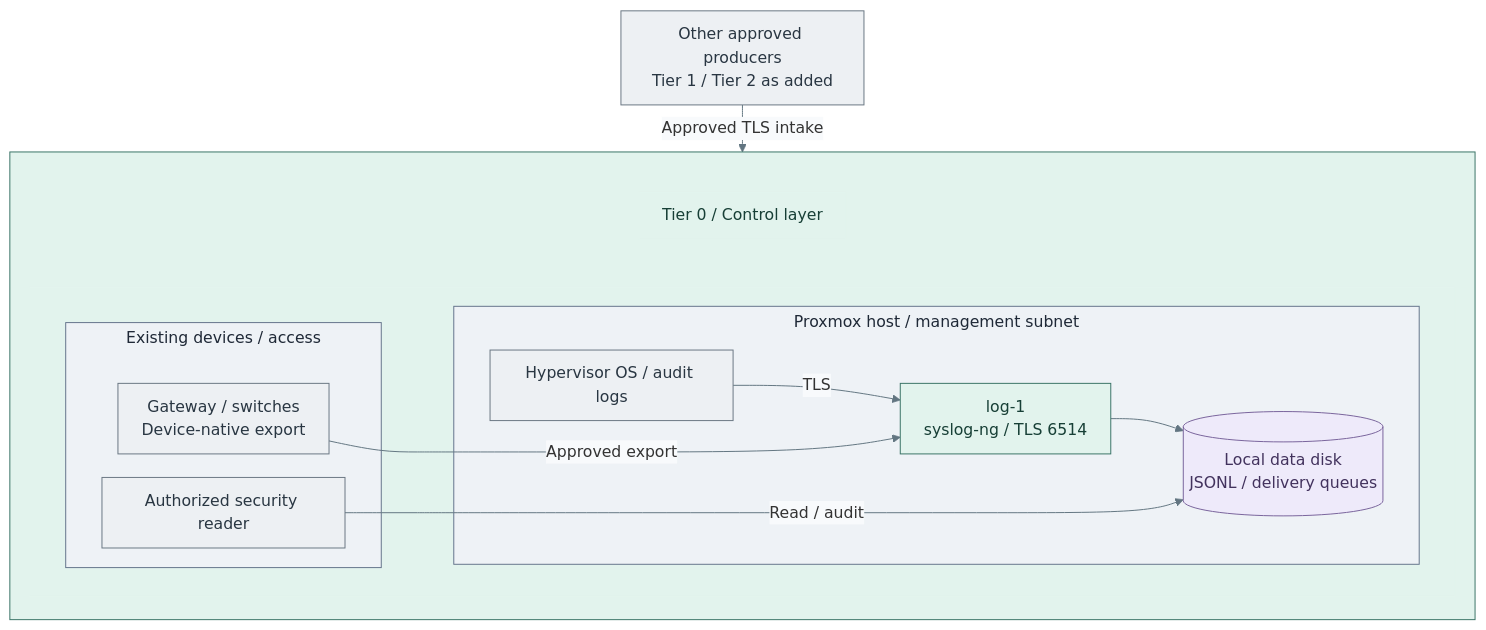
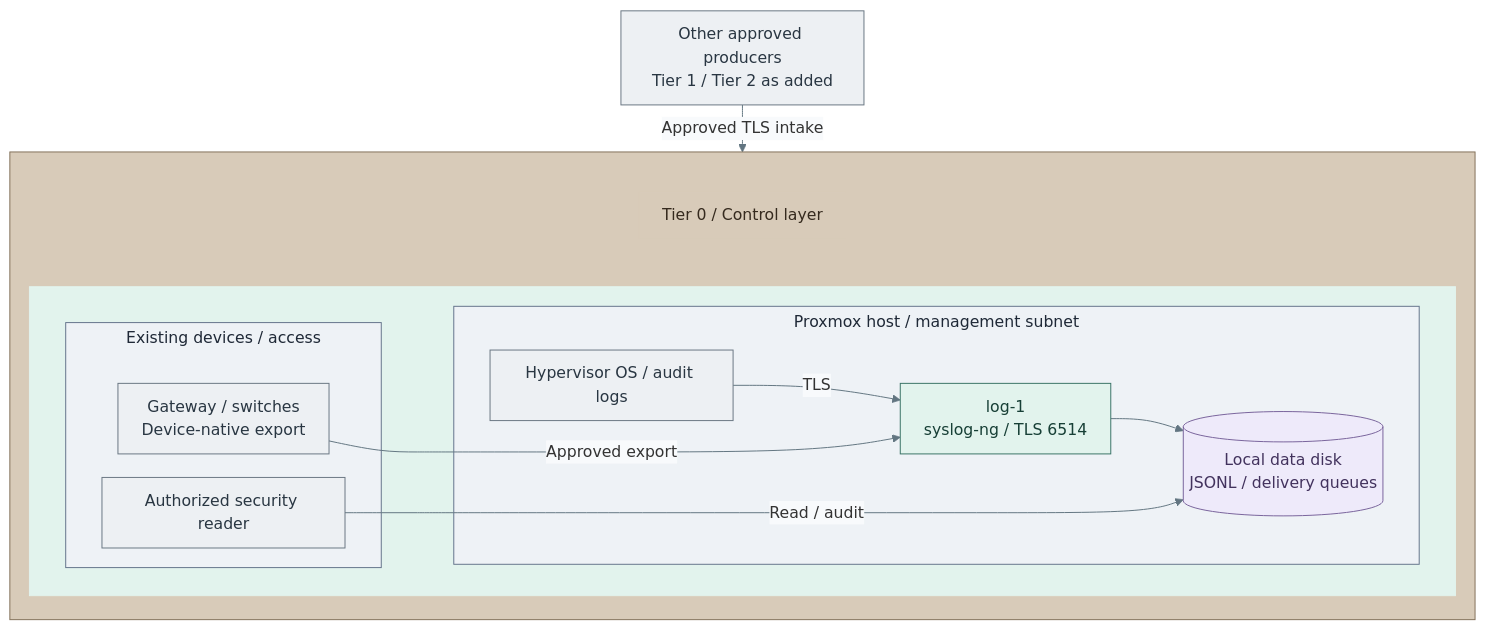
Before and after one commit to Rexus/homelab: the third of 3 diagrams in docs/03-deployment/stage-2-logging/README.md, drawn with Mermaid. The commit also changed other lines of this file and 108 other files, not shown here.

Commit message:
docs(diagrams): unify visual language and opening views

````diff
--- a/docs/03-deployment/stage-2-logging/README.md
+++ b/docs/03-deployment/stage-2-logging/README.md
@@ -426,40 +431,44 @@
 ```mermaid
 %%{init: {"theme":"base","flowchart":{"nodeSpacing":20,"rankSpacing":24,"padding":12,"subGraphTitleMargin":{"top":4,"bottom":12}},"themeVariables":{"lineColor":"#627581","edgeLabelBackground":"#f8fafc"}}}%%
 flowchart TB
   Sources["Other approved producers<br/>Tier 1 / Tier 2 as added"]
   subgraph T0[" "]
     direction TB
     T0Title["Tier 0 / Control layer"]
     %% Keep the heading above a content-sized placement group, independent of external links.
     subgraph Placement[" "]
       direction LR
       subgraph Infrastructure["Existing devices / access"]
         Devices["Gateway / switches<br/>Device-native export"]
         Admin["Authorized security reader"]
       end
       subgraph PVE["Proxmox host / management subnet"]
         Host["Hypervisor OS / audit logs"]
         VM["log-1<br/>syslog-ng / TLS 6514"]
         Records[("Local data disk<br/>JSONL / delivery queues")]
         Host -->|TLS| VM
         VM --> Records
       end
       Devices -->|Approved export| VM
       Admin -->|Read / audit| Records
       Infrastructure ~~~ PVE
     end
     T0Title ~~~ Placement
   end
   Sources -->|Approved TLS intake| T0
   classDef default fill:#f8fafc,stroke:#64748b,color:#1f2937
   classDef boundary fill:#eef2f6,stroke:#64748b,color:#1f2937
   classDef actor fill:#edf0f3,stroke:#697682,color:#293642
   classDef control fill:#e2f3ed,stroke:#397366,color:#173f36
   classDef controlHeading fill:#e2f3ed,stroke:#e2f3ed,color:#173f36
   classDef data fill:#eeeafa,stroke:#78639b,color:#42325d
   class Infrastructure,PVE boundary
   class Sources,Devices,Host,Admin actor
-  class T0,VM control
-  class T0Title,Placement controlHeading
+  class VM control
+  class Placement controlHeading
   class Records data
+  classDef tier0 fill:#d8cbb9,stroke:#83715a,color:#352a1e
+  class T0 tier0
+  classDef tier0Heading fill:#d8cbb9,stroke:#d8cbb9,color:#352a1e
+  class T0Title tier0Heading
 ```
````
